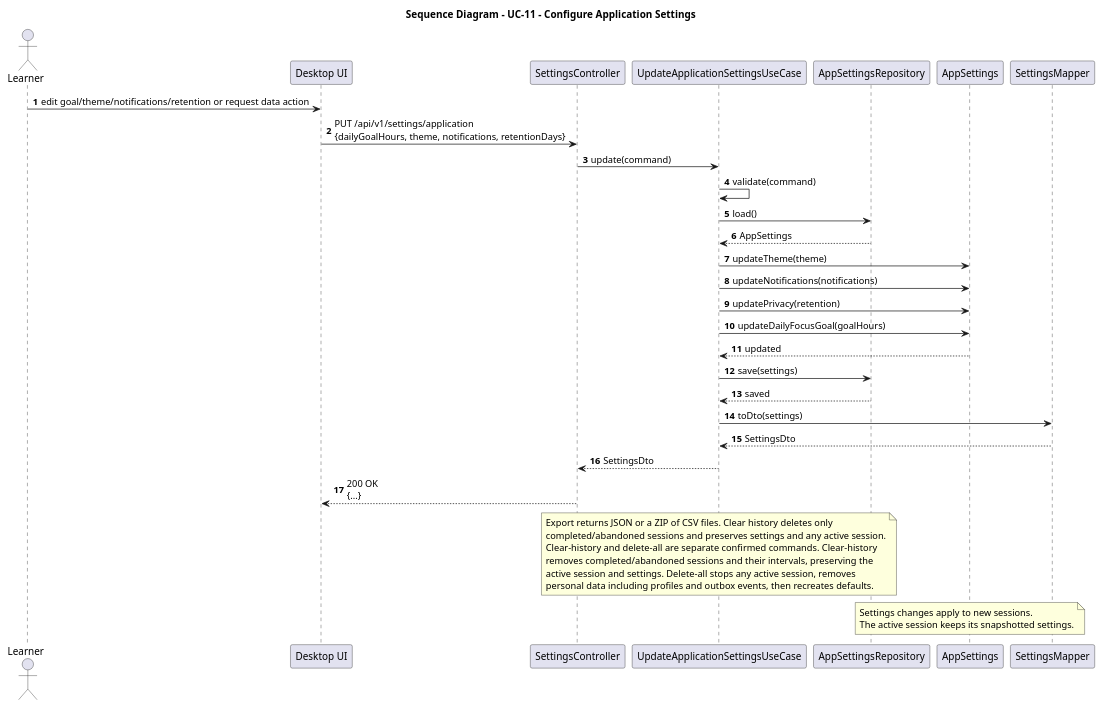
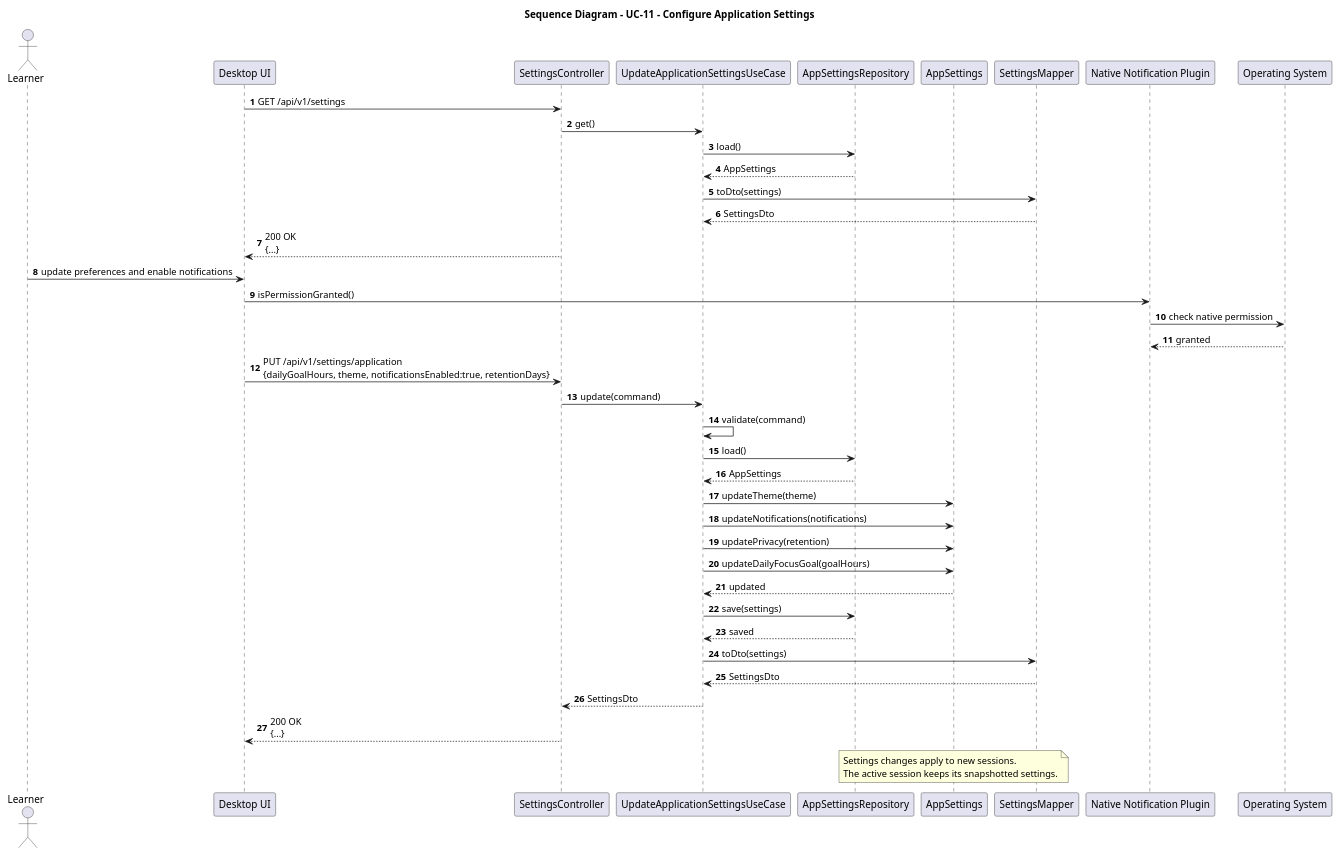
One commit to MiguelRibeiro1210/Focus-and-Study-Tracking changed the diagram in docs/SD/SD_ConfigureApplicationSettings.puml. Above: the diagram before and after it, drawn with PlantUML. The commit also changed 9 other files, not shown here.

First line of the commit message:
docs(notifications): define native interval notification behavior

```diff
--- a/docs/SD/SD_ConfigureApplicationSettings.puml
+++ b/docs/SD/SD_ConfigureApplicationSettings.puml
@@ -1,46 +1,49 @@
 @startuml
 title Sequence Diagram - UC-11 - Configure Application Settings
 
 autonumber
 actor Learner
 participant "Desktop UI" as UI
 participant "SettingsController" as Controller
 participant "UpdateApplicationSettingsUseCase" as UseCase
 participant "AppSettingsRepository" as Repo
 participant "AppSettings" as Settings
 participant "SettingsMapper" as Mapper
+participant "Native Notification Plugin" as Notifications
+participant "Operating System" as OS
 
-Learner -> UI : edit goal/theme/notifications/retention or request data action
-UI -> Controller : PUT /api/v1/settings/application\n{dailyGoalHours, theme, notifications, retentionDays}
+UI -> Controller : GET /api/v1/settings
+Controller -> UseCase : get()
+UseCase -> Repo : load()
+Repo --> UseCase : AppSettings
+UseCase -> Mapper : toDto(settings)
+Mapper --> UseCase : SettingsDto
+Controller --> UI : 200 OK\n{...}
+
+Learner -> UI : update preferences and enable notifications
+UI -> Notifications : isPermissionGranted()
+Notifications -> OS : check native permission
+OS --> Notifications : granted
+UI -> Controller : PUT /api/v1/settings/application\n{dailyGoalHours, theme, notificationsEnabled:true, retentionDays}
 Controller -> UseCase : update(command)
 UseCase -> UseCase : validate(command)
-
 UseCase -> Repo : load()
 Repo --> UseCase : AppSettings
 UseCase -> Settings : updateTheme(theme)
 UseCase -> Settings : updateNotifications(notifications)
 UseCase -> Settings : updatePrivacy(retention)
 UseCase -> Settings : updateDailyFocusGoal(goalHours)
 Settings --> UseCase : updated
 UseCase -> Repo : save(settings)
 Repo --> UseCase : saved
 UseCase -> Mapper : toDto(settings)
 Mapper --> UseCase : SettingsDto
 UseCase --> Controller : SettingsDto
 Controller --> UI : 200 OK\n{...}
 
-note over UseCase
-  Export returns JSON or a ZIP of CSV files. Clear history deletes only
-  completed/abandoned sessions and preserves settings and any active session.
-  Clear-history and delete-all are separate confirmed commands. Clear-history
-  removes completed/abandoned sessions and their intervals, preserving the
-  active session and settings. Delete-all stops any active session, removes
-  personal data including profiles and outbox events, then recreates defaults.
-end note
-
 note over Settings
   Settings changes apply to new sessions.
   The active session keeps its snapshotted settings.
 end note
 
 @enduml
```
